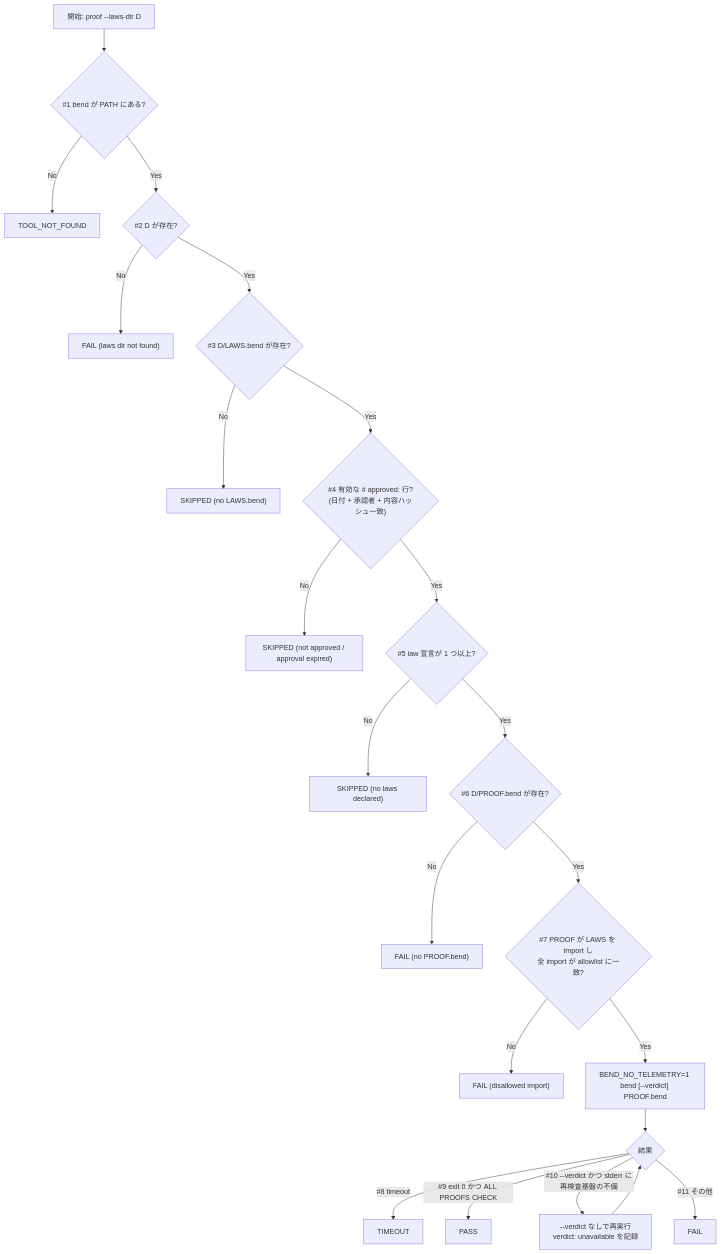
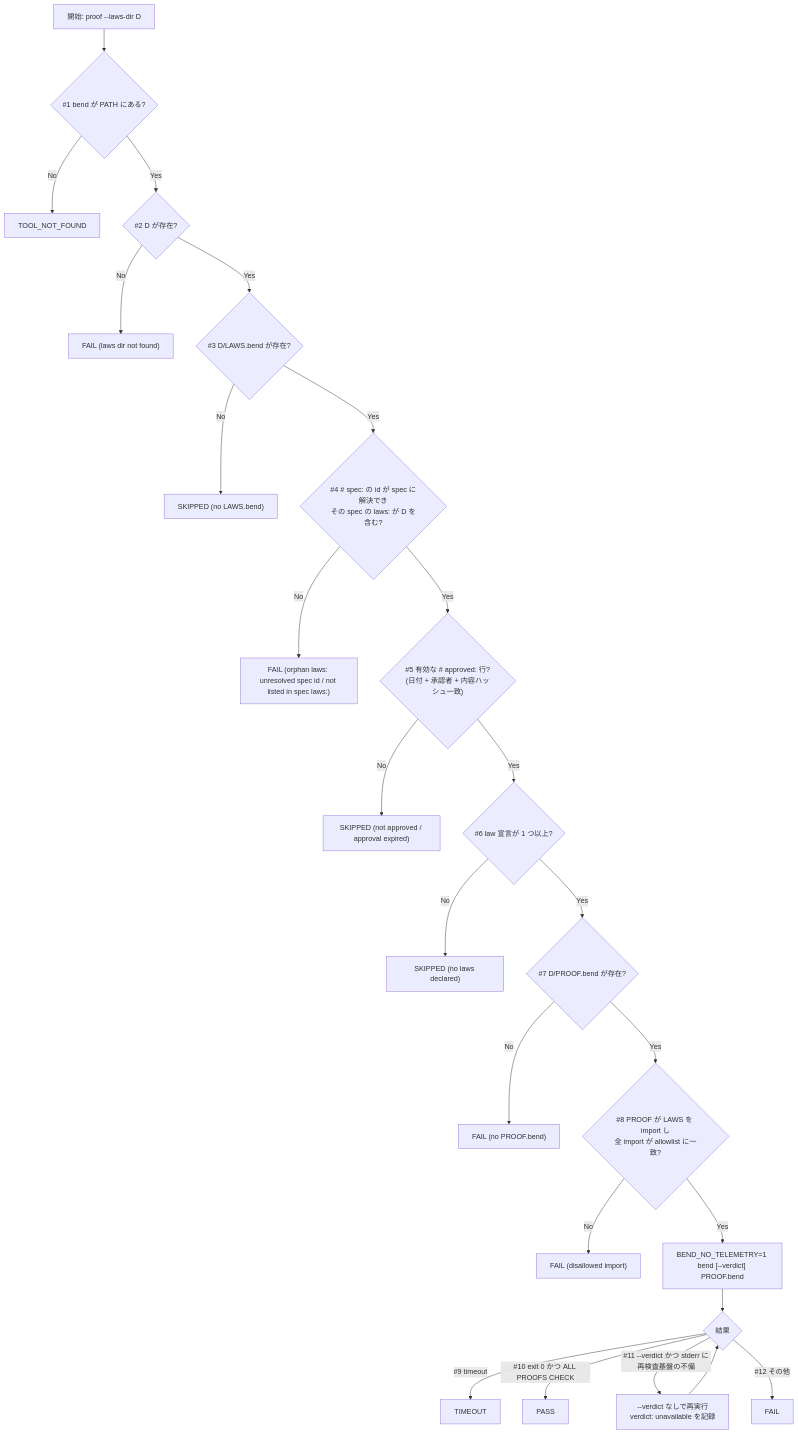
One commit to ToshikiImagawa/ai-sdd-workflow-dev changed the second of 2 diagrams in .sdd/task/149/design-draft.md. Above: the diagram before and after it, drawn with Mermaid. The commit also changed other lines of this file and 3 other files, not shown here.

````diff
--- a/.sdd/task/149/design-draft.md
+++ b/.sdd/task/149/design-draft.md
@@ -137,24 +140,26 @@
 ```mermaid
 flowchart TD
     A[開始: proof --laws-dir D] --> B{"#1 bend が PATH にある?"}
     B -- No --> TNF[TOOL_NOT_FOUND]
     B -- Yes --> B2{"#2 D が存在?"}
     B2 -- No --> F0["FAIL (laws dir not found)"]
     B2 -- Yes --> C{"#3 D/LAWS.bend が存在?"}
     C -- No --> SK1["SKIPPED (no LAWS.bend)"]
-    C -- Yes --> D{"#4 有効な # approved: 行?<br/>(日付 + 承認者 + 内容ハッシュ一致)"}
+    C -- Yes --> C2{"#4 # spec: の id が spec に解決でき<br/>その spec の laws: が D を含む?"}
+    C2 -- No --> F00["FAIL (orphan laws: unresolved spec id / not listed in spec laws:)"]
+    C2 -- Yes --> D{"#5 有効な # approved: 行?<br/>(日付 + 承認者 + 内容ハッシュ一致)"}
     D -- No --> SK2["SKIPPED (not approved / approval expired)"]
-    D -- Yes --> D2{"#5 law 宣言が 1 つ以上?"}
+    D -- Yes --> D2{"#6 law 宣言が 1 つ以上?"}
     D2 -- No --> SK3["SKIPPED (no laws declared)"]
-    D2 -- Yes --> E{"#6 D/PROOF.bend が存在?"}
+    D2 -- Yes --> E{"#7 D/PROOF.bend が存在?"}
     E -- No --> F1["FAIL (no PROOF.bend)"]
-    E -- Yes --> G{"#7 PROOF が LAWS を import し<br/>全 import が allowlist に一致?"}
+    E -- Yes --> G{"#8 PROOF が LAWS を import し<br/>全 import が allowlist に一致?"}
     G -- No --> F2["FAIL (disallowed import)"]
     G -- Yes --> H["BEND_NO_TELEMETRY=1 bend [--verdict] PROOF.bend"]
     H --> I{結果}
-    I -- "#8 timeout" --> TO[TIMEOUT]
-    I -- "#9 exit 0 かつ ALL PROOFS CHECK" --> PASS
-    I -- "#10 --verdict かつ stderr に再検査基盤の不備" --> K["--verdict なしで再実行<br/>verdict: unavailable を記録"]
+    I -- "#9 timeout" --> TO[TIMEOUT]
+    I -- "#10 exit 0 かつ ALL PROOFS CHECK" --> PASS
+    I -- "#11 --verdict かつ stderr に再検査基盤の不備" --> K["--verdict なしで再実行<br/>verdict: unavailable を記録"]
     K --> I
-    I -- "#11 その他" --> F3[FAIL]
+    I -- "#12 その他" --> F3[FAIL]
 ```
````
